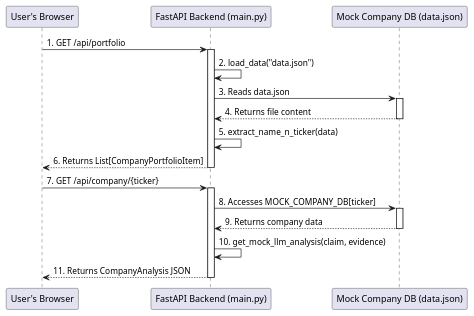
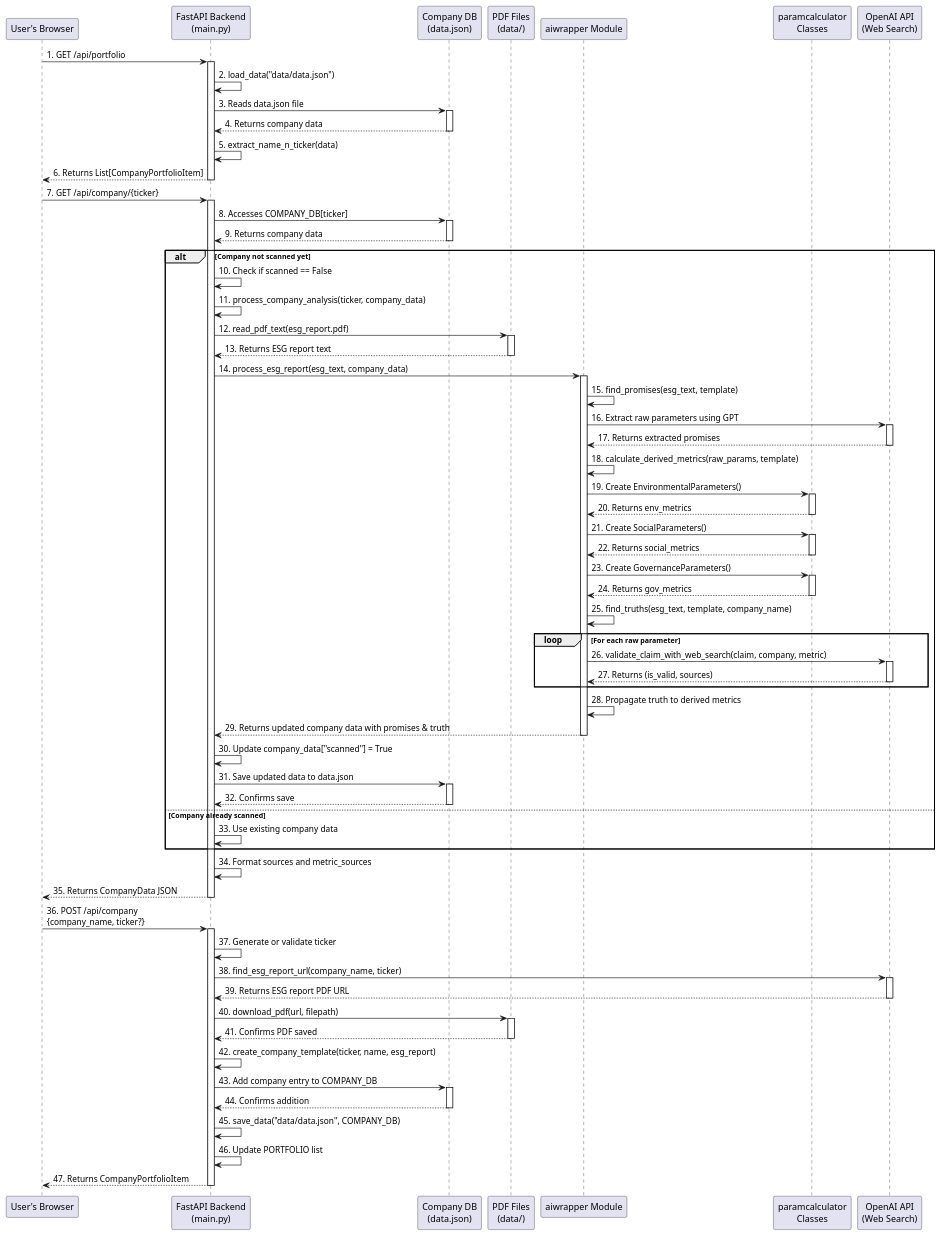
The diagram in back/sequence_diagram.puml (Rejseri/fintechHackathon), drawn with PlantUML before and after one commit. The commit also changed 3 other files, not shown here.

Commit message:
Update uml diagrams

```diff
--- a/back/sequence_diagram.puml
+++ b/back/sequence_diagram.puml
@@ -1,22 +1,81 @@
 @startuml
 ' Define participants
 participant "User's Browser" as Frontend
-participant "FastAPI Backend (main.py)" as Backend
-participant "Mock Company DB (data.json)" as DB
+participant "FastAPI Backend\n(main.py)" as Backend
+participant "Company DB\n(data.json)" as DB
+participant "PDF Files\n(data/)" as PDFStorage
+participant "aiwrapper Module" as AIWrapper
+participant "paramcalculator\nClasses" as ParamCalc
+participant "OpenAI API\n(Web Search)" as OpenAI
 
-' Define flow for getting the portfolio
+' === Flow 1: Get Portfolio ===
 Frontend -> Backend ++ : 1. GET /api/portfolio
-Backend -> Backend : 2. load_data("data.json")
-Backend -> DB ++ : 3. Reads data.json
-DB --> Backend -- : 4. Returns file content
+Backend -> Backend : 2. load_data("data/data.json")
+Backend -> DB ++ : 3. Reads data.json file
+DB --> Backend -- : 4. Returns company data
 Backend -> Backend : 5. extract_name_n_ticker(data)
 Backend --> Frontend -- : 6. Returns List[CompanyPortfolioItem]
 
-' Define flow for getting a single company analysis
+' === Flow 2: Get Company Data (with ESG Analysis) ===
 Frontend -> Backend ++ : 7. GET /api/company/{ticker}
-Backend -> DB ++ : 8. Accesses MOCK_COMPANY_DB[ticker]
+Backend -> DB ++ : 8. Accesses COMPANY_DB[ticker]
 DB --> Backend -- : 9. Returns company data
-Backend -> Backend : 10. get_mock_llm_analysis(claim, evidence)
-Backend --> Frontend -- : 11. Returns CompanyAnalysis JSON
+
+alt Company not scanned yet
+  Backend -> Backend : 10. Check if scanned == False
+  Backend -> Backend : 11. process_company_analysis(ticker, company_data)
+  
+  Backend -> PDFStorage ++ : 12. read_pdf_text(esg_report.pdf)
+  PDFStorage --> Backend -- : 13. Returns ESG report text
+  
+  Backend -> AIWrapper ++ : 14. process_esg_report(esg_text, company_data)
+  
+  ' Step 1: Extract promises
+  AIWrapper -> AIWrapper : 15. find_promises(esg_text, template)
+  AIWrapper -> OpenAI ++ : 16. Extract raw parameters using GPT
+  OpenAI --> AIWrapper -- : 17. Returns extracted promises
+  
+  ' Step 2: Calculate derived metrics
+  AIWrapper -> AIWrapper : 18. calculate_derived_metrics(raw_params, template)
+  AIWrapper -> ParamCalc ++ : 19. Create EnvironmentalParameters()
+  ParamCalc --> AIWrapper -- : 20. Returns env_metrics
+  AIWrapper -> ParamCalc ++ : 21. Create SocialParameters()
+  ParamCalc --> AIWrapper -- : 22. Returns social_metrics
+  AIWrapper -> ParamCalc ++ : 23. Create GovernanceParameters()
+  ParamCalc --> AIWrapper -- : 24. Returns gov_metrics
+  
+  ' Step 3: Validate with web search
+  AIWrapper -> AIWrapper : 25. find_truths(esg_text, template, company_name)
+  loop For each raw parameter
+    AIWrapper -> OpenAI ++ : 26. validate_claim_with_web_search(claim, company, metric)
+    OpenAI --> AIWrapper -- : 27. Returns (is_valid, sources)
+  end
+  AIWrapper -> AIWrapper : 28. Propagate truth to derived metrics
+  
+  AIWrapper --> Backend -- : 29. Returns updated company data with promises & truth
+  
+  Backend -> Backend : 30. Update company_data["scanned"] = True
+  Backend -> DB ++ : 31. Save updated data to data.json
+  DB --> Backend -- : 32. Confirms save
+else Company already scanned
+  Backend -> Backend : 33. Use existing company data
+end
+
+Backend -> Backend : 34. Format sources and metric_sources
+Backend --> Frontend -- : 35. Returns CompanyData JSON
+
+' === Flow 3: Add New Company ===
+Frontend -> Backend ++ : 36. POST /api/company\n{company_name, ticker?}
+Backend -> Backend : 37. Generate or validate ticker
+Backend -> OpenAI ++ : 38. find_esg_report_url(company_name, ticker)
+OpenAI --> Backend -- : 39. Returns ESG report PDF URL
+Backend -> PDFStorage ++ : 40. download_pdf(url, filepath)
+PDFStorage --> Backend -- : 41. Confirms PDF saved
+Backend -> Backend : 42. create_company_template(ticker, name, esg_report)
+Backend -> DB ++ : 43. Add company entry to COMPANY_DB
+DB --> Backend -- : 44. Confirms addition
+Backend -> Backend : 45. save_data("data/data.json", COMPANY_DB)
+Backend -> Backend : 46. Update PORTFOLIO list
+Backend --> Frontend -- : 47. Returns CompanyPortfolioItem
 
 @enduml
```
